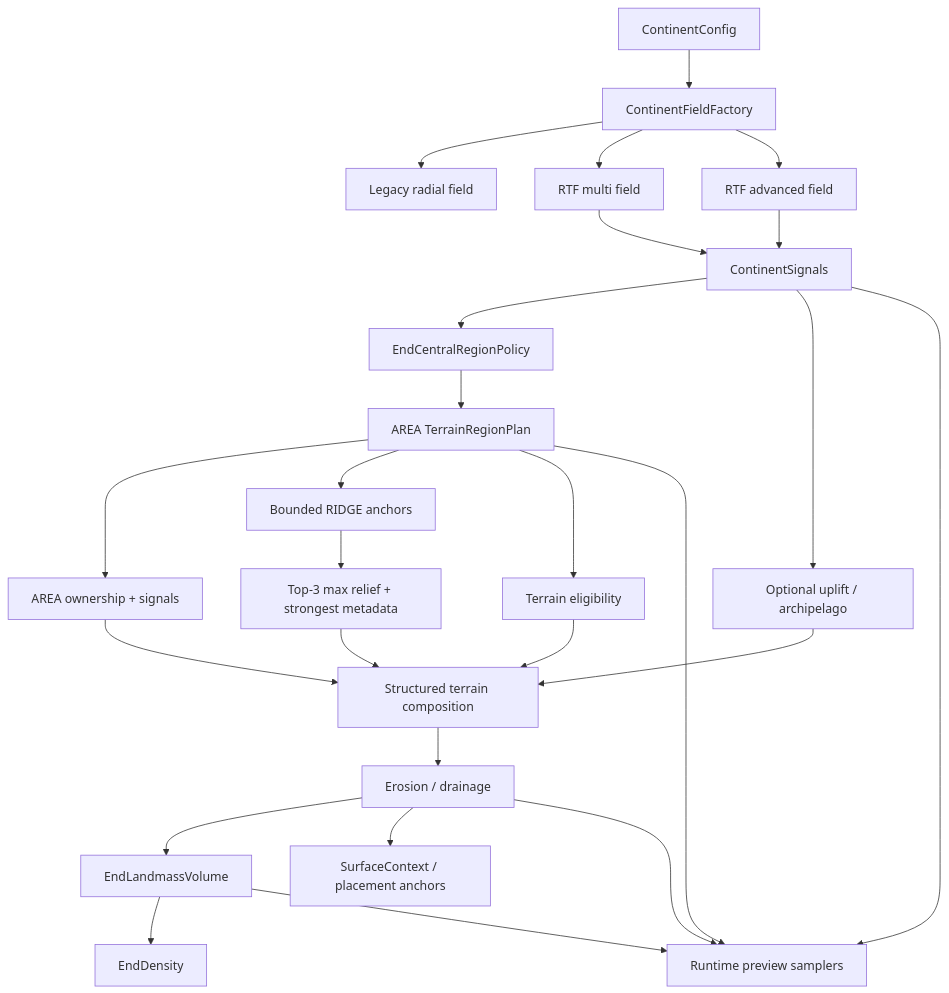
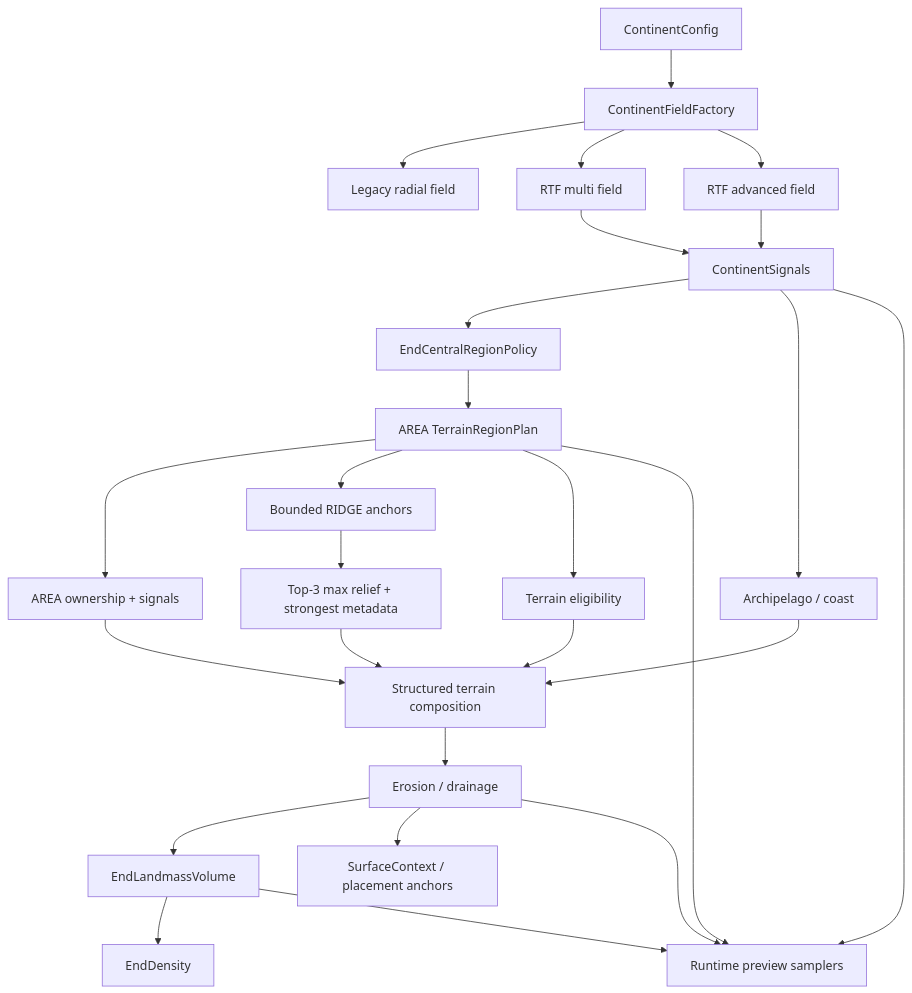
One commit to Knowledge-book-QwQ/EndTerraForged changed the diagram in docs/RTF_CORE_REUSE_RESEARCH.md. Above: the diagram before and after it, drawn with Mermaid. The commit also changed other lines of this file and 25 other files, not shown here.

````diff
--- a/docs/RTF_CORE_REUSE_RESEARCH.md
+++ b/docs/RTF_CORE_REUSE_RESEARCH.md
@@ -794,28 +790,28 @@
 ```mermaid
 flowchart TD
     C["ContinentConfig"] --> F["ContinentFieldFactory"]
     F --> L["Legacy radial field"]
     F --> M["RTF multi field"]
     F --> A["RTF advanced field"]
     M --> S["ContinentSignals"]
     A --> S
     S --> P["EndCentralRegionPolicy"]
     P --> T["AREA TerrainRegionPlan"]
     T --> B["AREA ownership + signals"]
     T --> R["Bounded RIDGE anchors"]
     R --> X["Top-3 max relief + strongest metadata"]
     B --> H["Structured terrain composition"]
     X --> H
-    S --> U["Optional uplift / archipelago"]
+    S --> U["Archipelago / coast"]
     U --> H
     H --> E["Erosion / drainage"]
     T --> K["Terrain eligibility"]
     K --> H
     E --> V["EndLandmassVolume"]
     V --> D["EndDensity"]
     E --> C2["SurfaceContext / placement anchors"]
     S --> Q["Runtime preview samplers"]
     T --> Q
     E --> Q
     V --> Q
 ```
````
